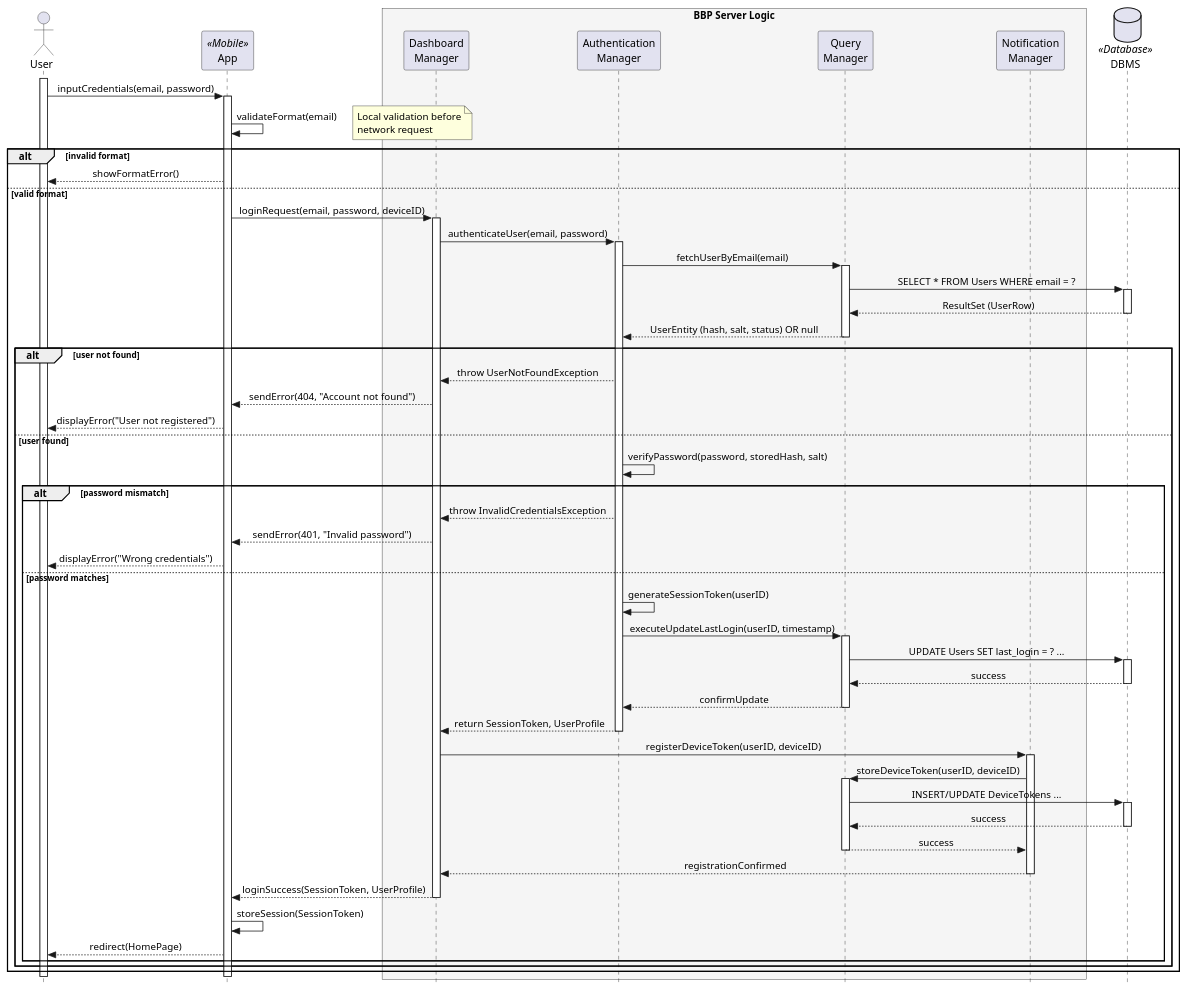
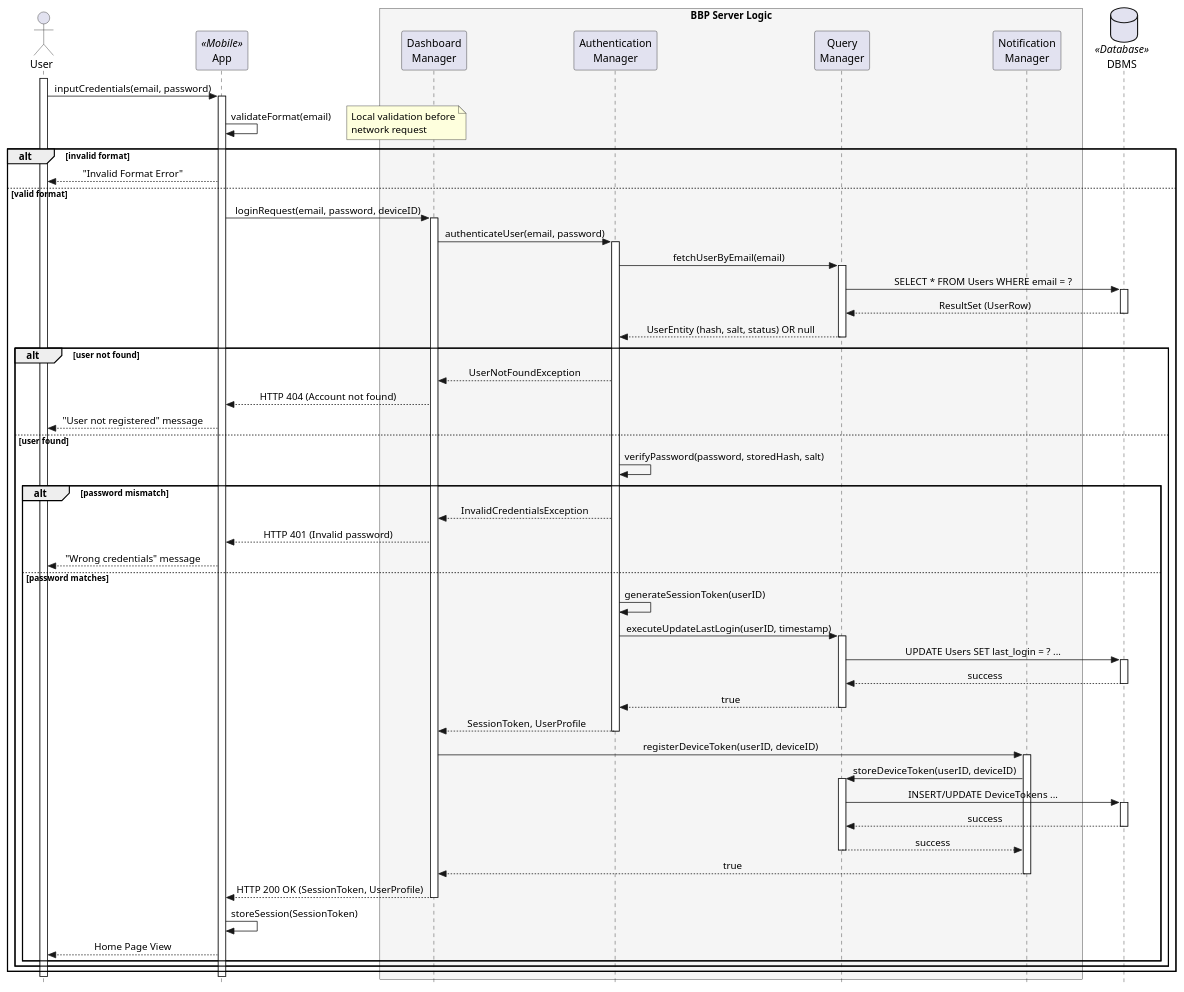
The diagram in DD/sequence_diagrams/login.plantuml (ABurato26/BuratoCrimellaFaccini), drawn with PlantUML before and after one commit. The commit also changed 14 other files, not shown here.

```diff
--- a/DD/sequence_diagrams/login.plantuml
+++ b/DD/sequence_diagrams/login.plantuml
@@ -1,103 +1,97 @@
 @startuml
 skinparam style strictuml
 skinparam sequenceMessageAlign center
 skinparam maxMessageSize 350
 skinparam ParticipantPadding 25
 skinparam BoxPadding 10
 
 actor "User" as user
 participant "App" as app <<Mobile>>
 box "BBP Server Logic" #F5F5F5
     participant "Dashboard\nManager" as dashMan
     participant "Authentication\nManager" as authMan
     participant "Query\nManager" as queryMan
     participant "Notification\nManager" as notifMan
 end box
 database "DBMS" as db <<Database>>
 
 activate user
 user -> app : inputCredentials(email, password)
 activate app
 
 app -> app : validateFormat(email)
 note right: Local validation before\nnetwork request
 
 alt invalid format
-    app --> user : showFormatError()
+    app --> user : "Invalid Format Error"
 else valid format
-    ' Include deviceID for notification registration
+
     app -> dashMan : loginRequest(email, password, deviceID)
     activate dashMan
 
     dashMan -> authMan : authenticateUser(email, password)
     activate authMan
 
-    ' AUTH -> QUERY MANAGER (Abstraction Layer)
     authMan -> queryMan : fetchUserByEmail(email)
     activate queryMan
     
     queryMan -> db : SELECT * FROM Users WHERE email = ?
     activate db
     db --> queryMan : ResultSet (UserRow)
     deactivate db
     
     queryMan --> authMan : UserEntity (hash, salt, status) OR null
     deactivate queryMan
 
     alt user not found
-        authMan --> dashMan : throw UserNotFoundException
-        dashMan --> app : sendError(404, "Account not found")
-        app --> user : displayError("User not registered")
+        authMan --> dashMan : UserNotFoundException
+        dashMan --> app : HTTP 404 (Account not found)
+        app --> user : "User not registered" message
     
     else user found
         authMan -> authMan : verifyPassword(password, storedHash, salt)
         
         alt password mismatch
-            authMan --> dashMan : throw InvalidCredentialsException
-            dashMan --> app : sendError(401, "Invalid password")
-            app --> user : displayError("Wrong credentials")
+            authMan --> dashMan : InvalidCredentialsException
+            dashMan --> app : HTTP 401 (Invalid password)
+            app --> user : "Wrong credentials" message
         
         else password matches
-            ' Token Generation
             authMan -> authMan : generateSessionToken(userID)
             
-            ' Update Login Timestamp via QueryManager
             authMan -> queryMan : executeUpdateLastLogin(userID, timestamp)
             activate queryMan
             queryMan -> db : UPDATE Users SET last_login = ? ...
             activate db
             db --> queryMan : success
             deactivate db
-            queryMan --> authMan : confirmUpdate
+            queryMan --> authMan : true
             deactivate queryMan
             
-            authMan --> dashMan : return SessionToken, UserProfile
+            authMan --> dashMan : SessionToken, UserProfile
             deactivate authMan
 
-            ' NOTIFICATION MANAGER INTEGRATION
-            ' Register device for push notifications upon successful login
             dashMan -> notifMan : registerDeviceToken(userID, deviceID)
             activate notifMan
             notifMan -> queryMan : storeDeviceToken(userID, deviceID)
             activate queryMan
             queryMan -> db : INSERT/UPDATE DeviceTokens ...
             activate db
             db --> queryMan : success
             deactivate db
             queryMan --> notifMan : success
             deactivate queryMan
-            notifMan --> dashMan : registrationConfirmed
+            notifMan --> dashMan : true
             deactivate notifMan
 
-            ' Final Response
-            dashMan --> app : loginSuccess(SessionToken, UserProfile)
+            dashMan --> app : HTTP 200 OK (SessionToken, UserProfile)
             deactivate dashMan
 
             app -> app : storeSession(SessionToken)
-            app --> user : redirect(HomePage)
+            app --> user : Home Page View
         end
     end
 end
 deactivate app
 deactivate user
 @enduml
```
